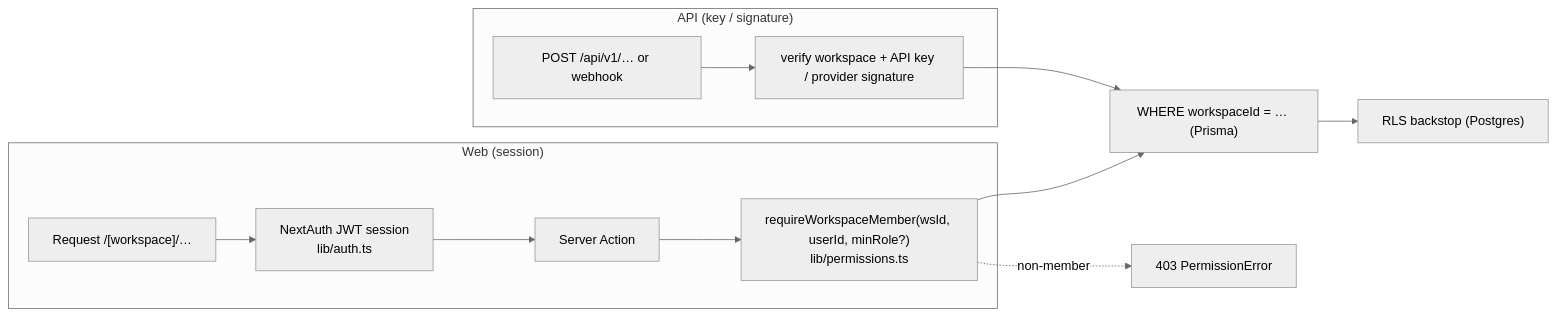
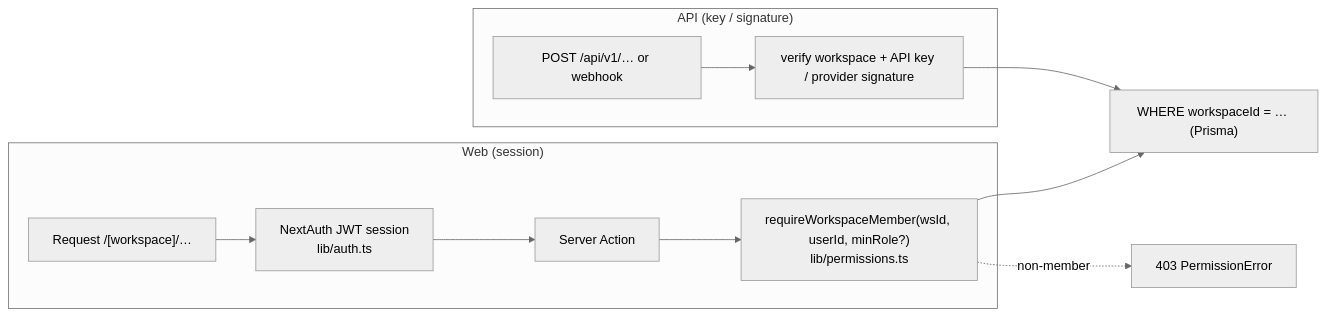
One commit to KunjShah95/agentic-crm changed the third of 11 diagrams in docs/architecture/system-design.md. Above: the diagram before and after it, drawn with Mermaid (neutral theme). The commit also changed other lines of this file and 4 other files, not shown here.

````diff
--- a/docs/architecture/system-design.md
+++ b/docs/architecture/system-design.md
@@ -147,15 +190,14 @@
 ```mermaid
 graph LR
   subgraph "Web (session)"
     A1["Request /[workspace]/…"] --> A2["NextAuth JWT session<br/>lib/auth.ts"]
     A2 --> A3["Server Action"]
     A3 --> A4["requireWorkspaceMember(wsId, userId, minRole?)<br/>lib/permissions.ts"]
   end
   subgraph "API (key / signature)"
     B1["POST /api/v1/… or webhook"] --> B2["verify workspace + API key / provider signature"]
   end
   A4 --> C["WHERE workspaceId = … (Prisma)"]
   B2 --> C
-  C --> D["RLS backstop (Postgres)"]
   A4 -. non-member .-> E["403 PermissionError"]
 ```
````
